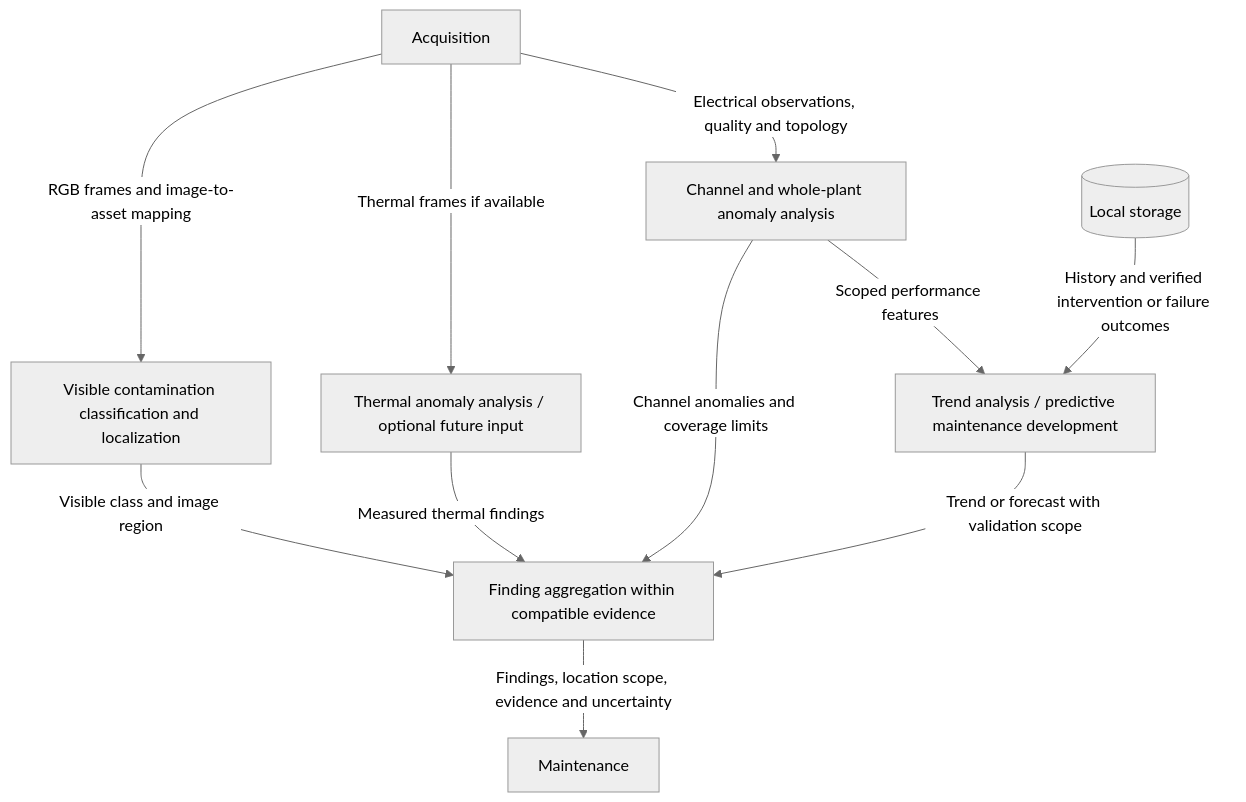
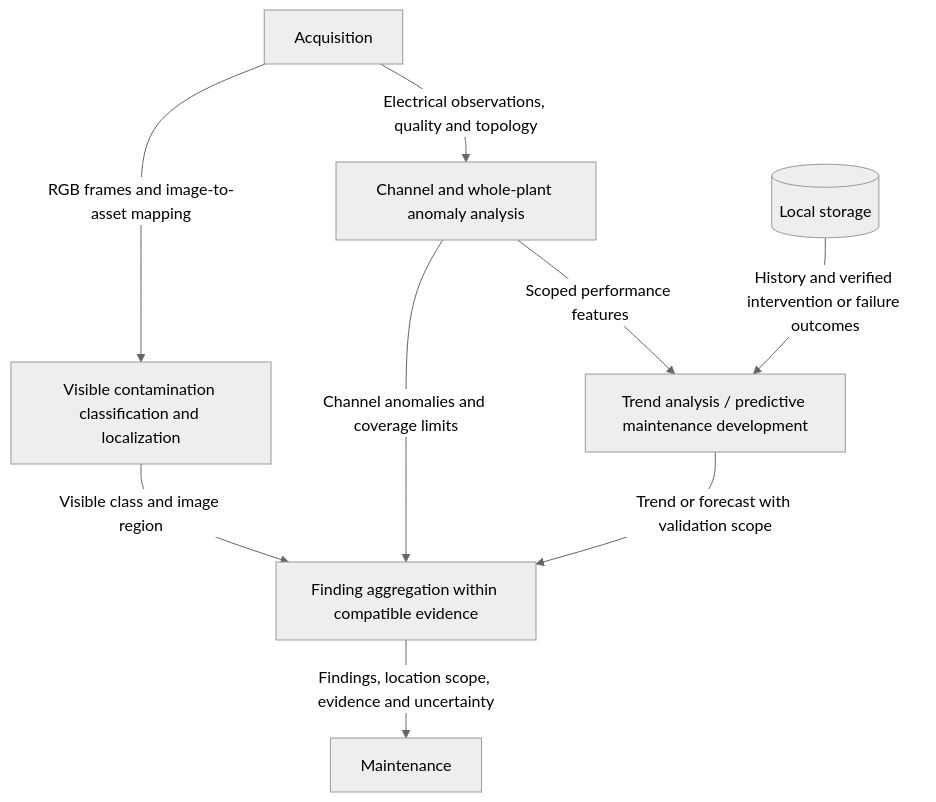
One commit to B-AROL-O/hackturin-2026 changed the diagram in docs/architecture/components/diagnostics.md. Above: the diagram before and after it, drawn with Mermaid (neutral theme). The commit also changed other lines of this file and 18 other files, not shown here.

````diff
--- a/docs/architecture/components/diagnostics.md
+++ b/docs/architecture/components/diagnostics.md
@@ -10,21 +10,18 @@
 ```mermaid
 flowchart TB
     acquisition["Acquisition"]
     rgb["Visible contamination classification and localization"]
-    thermal["Thermal anomaly analysis / optional future input"]
     electrical["Channel and whole-plant anomaly analysis"]
     history[("Local storage")]
     trends["Trend analysis / predictive maintenance development"]
     fusion["Finding aggregation within compatible evidence"]
     maintenance["Maintenance"]
     acquisition -->|RGB frames and image-to-asset mapping| rgb
-    acquisition -->|Thermal frames if available| thermal
     acquisition -->|Electrical observations, quality and topology| electrical
     electrical -->|Scoped performance features| trends
     history -->|History and verified intervention or failure outcomes| trends
     rgb -->|Visible class and image region| fusion
-    thermal -->|Measured thermal findings| fusion
     electrical -->|Channel anomalies and coverage limits| fusion
     trends -->|Trend or forecast with validation scope| fusion
     fusion -->|Findings, location scope, evidence and uncertainty| maintenance
 ```
````
